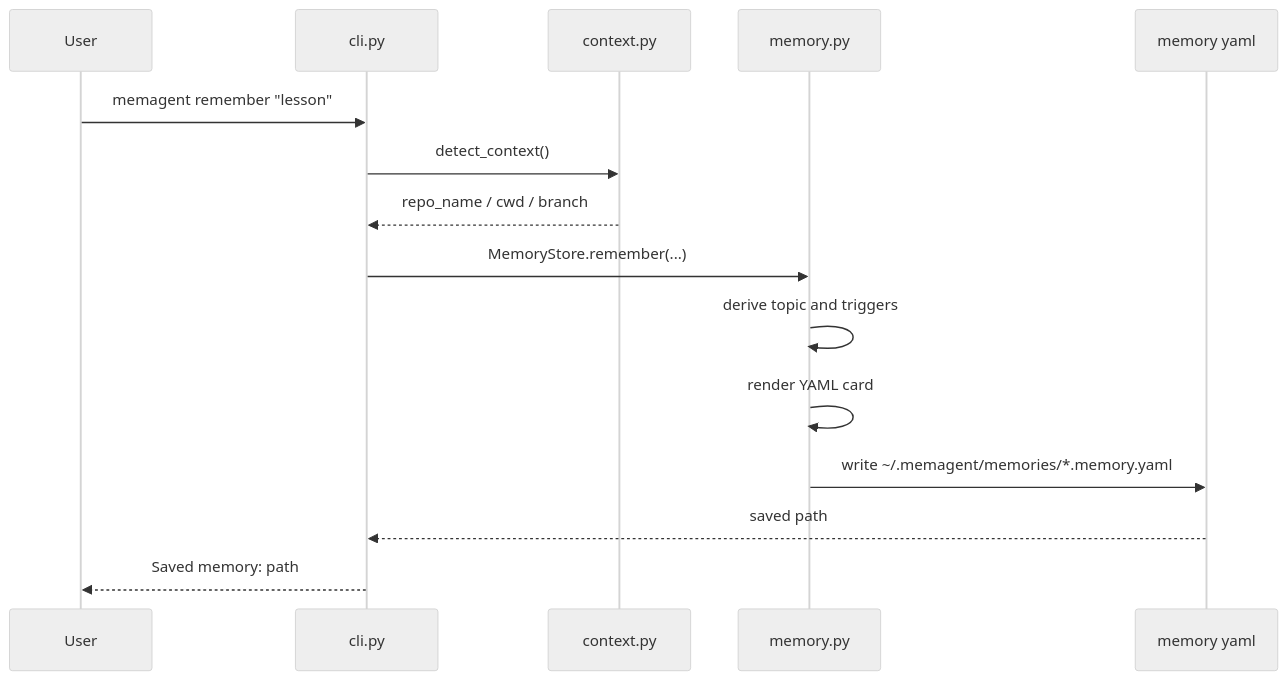
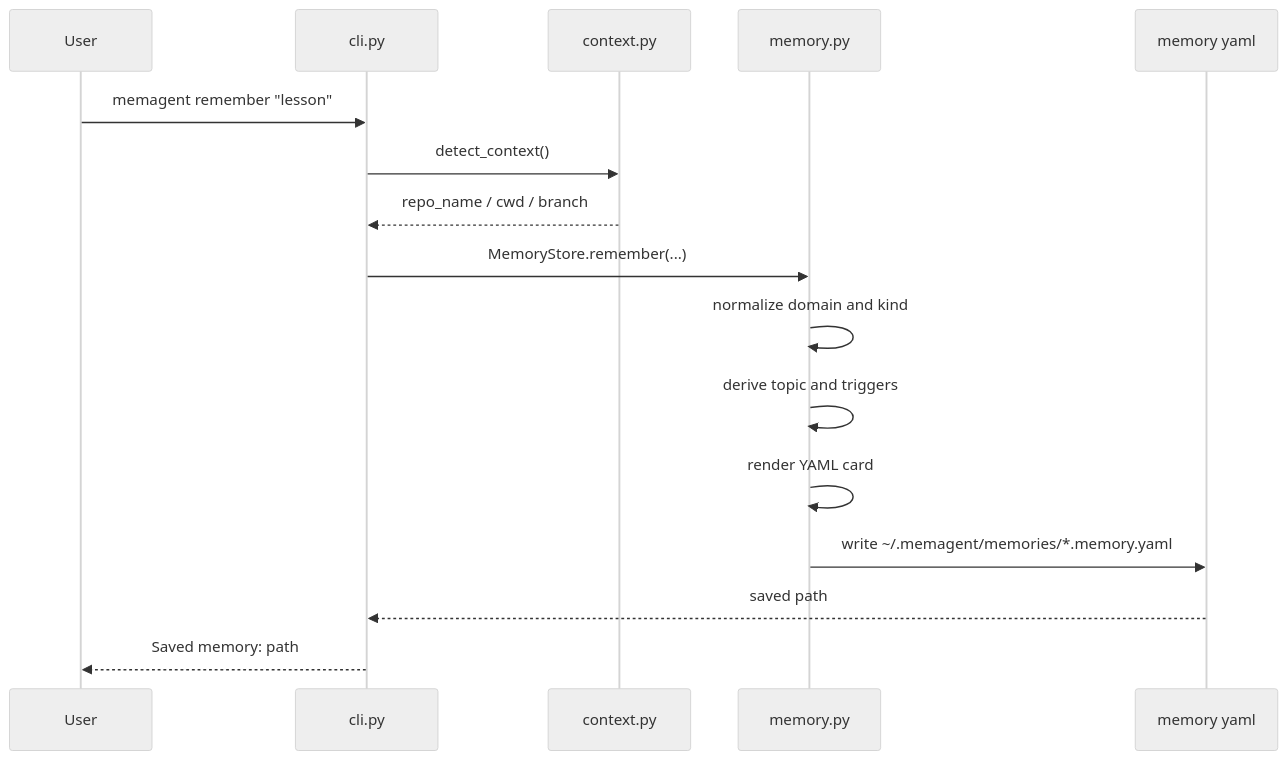
The second of 4 diagrams in docs/technical-walkthrough.md (liuw55804-sys/MemAgent), drawn with Mermaid (neutral theme) before and after one commit. The commit also changed other lines of this file and 7 other files, not shown here.

Commit message:
feat: add typed memory domain and kind

````diff
--- a/docs/technical-walkthrough.md
+++ b/docs/technical-walkthrough.md
@@ -75,18 +75,19 @@
 ```mermaid
 sequenceDiagram
   participant U as User
   participant CLI as cli.py
   participant C as context.py
   participant M as memory.py
   participant F as memory yaml
 
   U->>CLI: memagent remember "lesson"
   CLI->>C: detect_context()
   C-->>CLI: repo_name / cwd / branch
   CLI->>M: MemoryStore.remember(...)
+  M->>M: normalize domain and kind
   M->>M: derive topic and triggers
   M->>M: render YAML card
   M->>F: write ~/.memagent/memories/*.memory.yaml
   F-->>CLI: saved path
   CLI-->>U: Saved memory: path
 ```
````
